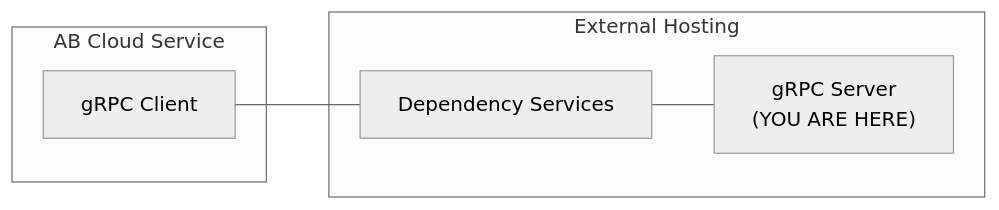
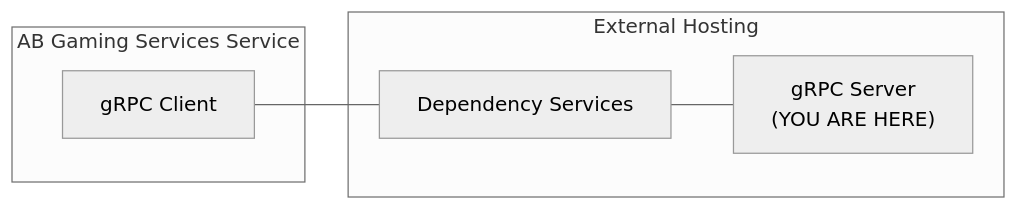
The diagram in README.md (AccelByte/matchmaking-function-grpc-plugin-server-python), drawn with Mermaid (neutral theme) before and after one commit. The commit also changed other lines of this file, not shown here.

Commit message:
docs: replace cloud with gaming services

````diff
--- a/README.md
+++ b/README.md
@@ -7,12 +7,12 @@
 ```mermaid
 flowchart LR
-   subgraph AB Cloud Service
+   subgraph AB Gaming Services Service
    CL[gRPC Client]
    end
    subgraph External Hosting
    SV["gRPC Server\n(YOU ARE HERE)"]
    DS[Dependency Services]
    CL --- DS
    end
    DS --- SV
 ```
````
